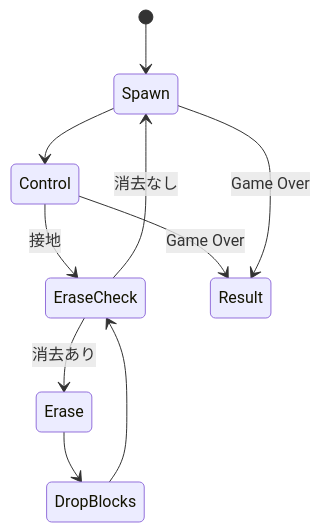
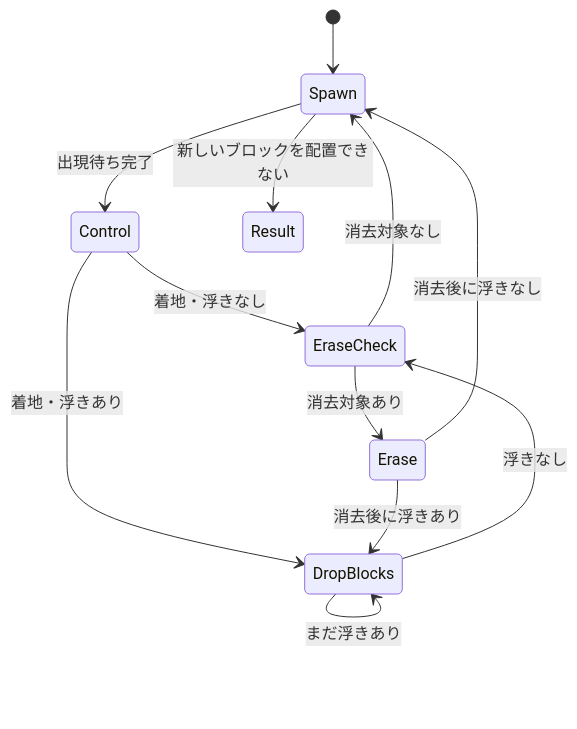
One commit to Numa-alt/cpp-puyo changed the second of 2 diagrams in README.md. Above: the diagram before and after it, drawn with Mermaid. The commit also changed other lines of this file and 43 other files, not shown here.

````diff
--- a/README.md
+++ b/README.md
@@ -224,12 +303,19 @@
 ```mermaid
 stateDiagram-v2
     [*] --> Spawn
-    Spawn --> Control
-    Control --> EraseCheck: 接地
-    EraseCheck --> Spawn: 消去なし
-    EraseCheck --> Erase: 消去あり
-    Erase --> DropBlocks
-    DropBlocks --> EraseCheck
-    Control --> Result: Game Over
-    Spawn --> Result: Game Over
+
+    Spawn --> Control: 出現待ち完了
+    Spawn --> Result: 新しいブロックを配置できない
+
+    Control --> EraseCheck: 着地・浮きなし
+    Control --> DropBlocks: 着地・浮きあり
+
+    DropBlocks --> DropBlocks: まだ浮きあり
+    DropBlocks --> EraseCheck: 浮きなし
+
+    EraseCheck --> Erase: 消去対象あり
+    EraseCheck --> Spawn: 消去対象なし
+
+    Erase --> DropBlocks: 消去後に浮きあり
+    Erase --> Spawn: 消去後に浮きなし
 ```
````
